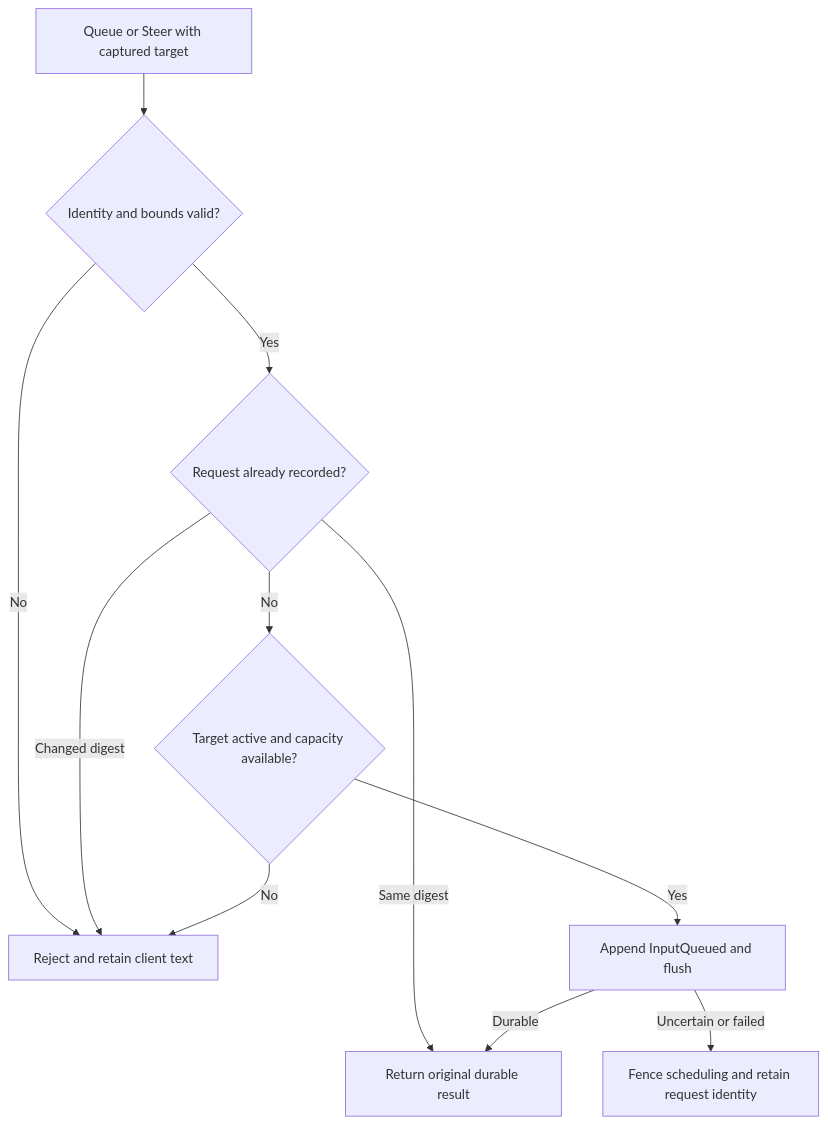
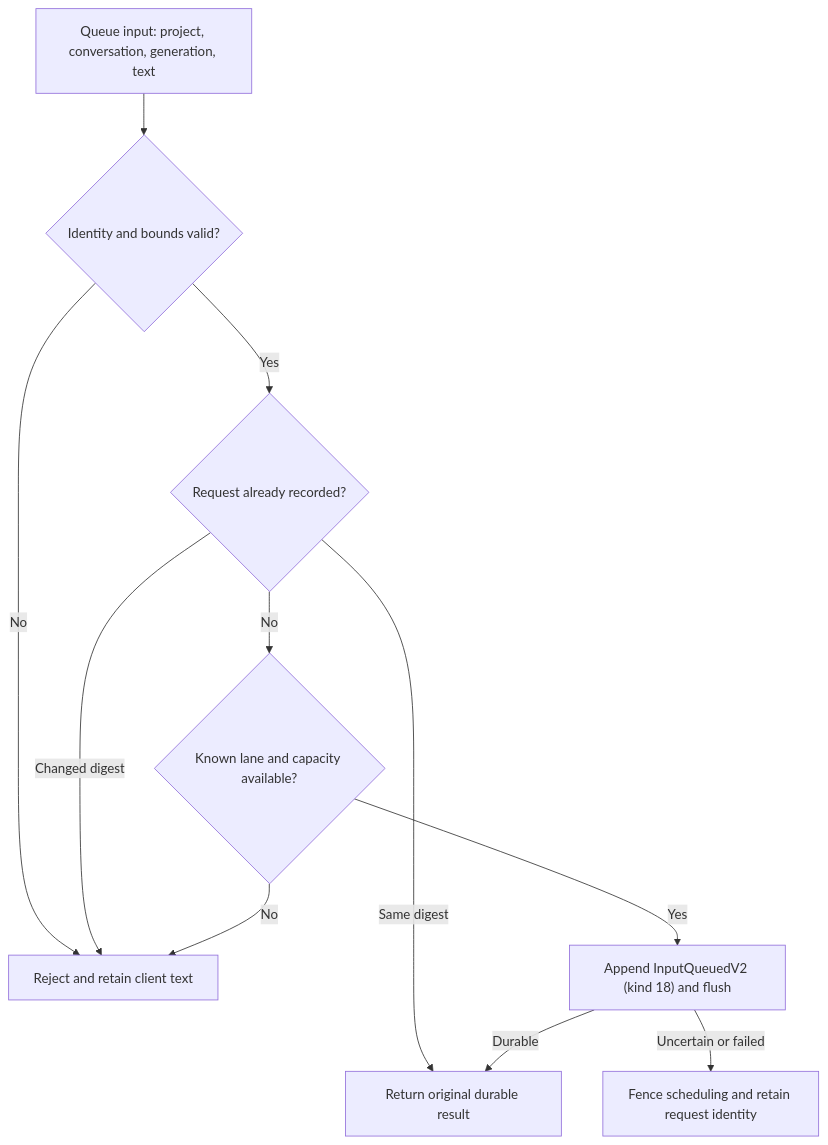
Before and after one commit to pidster/asura: the sixth of 11 diagrams in docs/designs/conversation-admission.md, drawn with Mermaid. The commit also changed other lines of this file and 107 other files, not shown here.

````diff
--- a/docs/designs/conversation-admission.md
+++ b/docs/designs/conversation-admission.md
@@ -985,13 +982,13 @@
 ```mermaid
 flowchart TD
-    Input["Queue or Steer with captured target"] --> Validate{"Identity and bounds valid?"}
+    Input["Queue input: project, conversation, generation, text"] --> Validate{"Identity and bounds valid?"}
     Validate -->|No| Reject["Reject and retain client text"]
     Validate -->|Yes| Prior{"Request already recorded?"}
     Prior -->|"Same digest"| Ack["Return original durable result"]
     Prior -->|"Changed digest"| Reject
-    Prior -->|No| Capacity{"Target active and capacity available?"}
+    Prior -->|No| Capacity{"Known lane and capacity available?"}
     Capacity -->|No| Reject
-    Capacity -->|Yes| Persist["Append InputQueued and flush"]
+    Capacity -->|Yes| Persist["Append InputQueuedV2 (kind 18) and flush"]
     Persist -->|"Uncertain or failed"| Fence["Fence scheduling and retain request identity"]
     Persist -->|Durable| Ack
 ```
````
